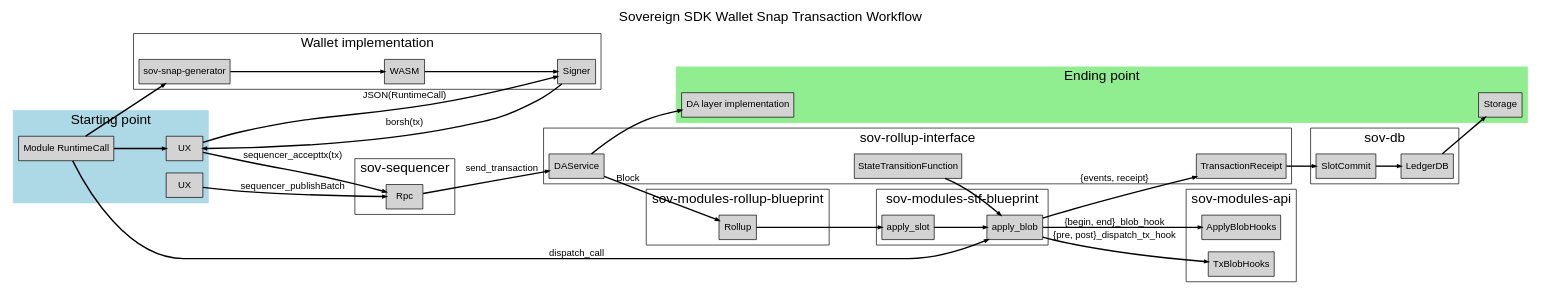
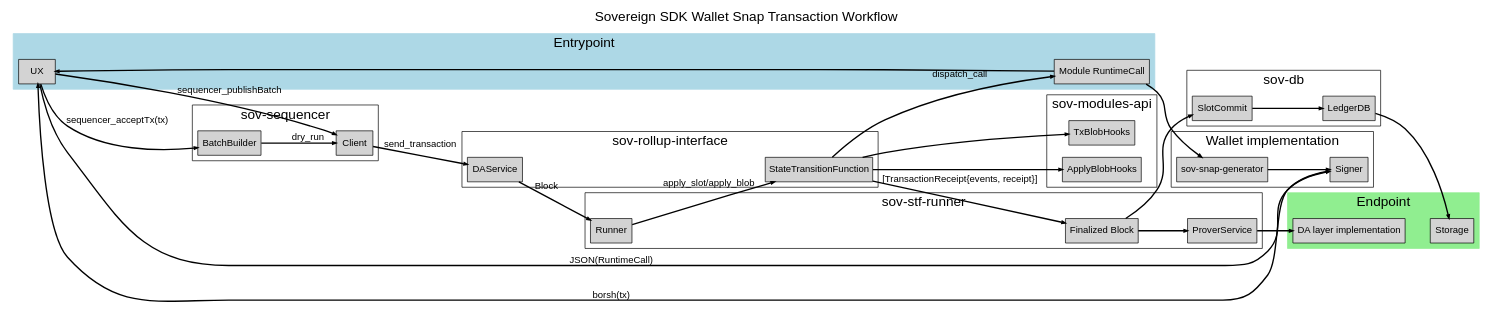
One commit to Sovereign-Labs/docs-draft changed the diagram in 0001-transaction-wallet-workflow.md. Above: the diagram before and after it, drawn with Graphviz. The commit also changed other lines of this file, not shown here.

Commit message:
upd after sync w/ blazej

````diff
--- a/0001-transaction-wallet-workflow.md
+++ b/0001-transaction-wallet-workflow.md
@@ -26,23 +26,24 @@
         style=filled;
         color=lightblue;
 
-        ux_tx [label="UX"]
-        ux_submit [label="UX"]
+        ux [label="UX"]
         module_runtime [label="Module RuntimeCall"]
 
-        label = "Starting point"
+        label = "Entrypoint"
     }
 
     subgraph cluster_wallet {
         sov_snap_generator [label="sov-snap-generator"]
-        wallet_wasm [label="WASM"]
         wallet_signer [label="Signer"]
 
         label = "Wallet implementation"
     }
 
     subgraph cluster_sov_sequencer {
-        sequencer_rpc [label="Rpc"]
+        sequencer_batch_builder [label="BatchBuilder"]
+        sequencer_client [label="Client"]
+
+        sequencer_batch_builder -> sequencer_client [label="dry_run"]
 
         label = "sov-sequencer"
     }
@@ -50,9 +51,16 @@
     subgraph cluster_sov_rollup_interface {
         rollup_state_transition_function [label="StateTransitionFunction"]
         rollup_da_service [label="DAService"]
-        rollup_tx_receipt [label="TransactionReceipt"]
 
         label = "sov-rollup-interface"
+    }
+
+    subgraph cluster_sov_stf_runner {
+        runner [label="Runner"]
+        runner_prover [label="ProverService"]
+        runner_finalized_block [label="Finalized Block"]
+
+        label = "sov-stf-runner"
     }
 
     subgraph cluster_sov_db {
@@ -69,19 +77,6 @@
         label = "sov-modules-api"
     }
 
-    subgraph cluster_stf_blueprint {
-        apply_slot [label="apply_slot"]
-        apply_blob [label="apply_blob"]
-
-        label = "sov-modules-stf-blueprint"
-    }
-
-    subgraph cluster_rollup_blueprint {
-        rollup [label="Rollup"]
-
-        label = "sov-modules-rollup-blueprint"
-    }
-
     subgraph cluster_end {
         style=filled;
         color=lightgreen;
@@ -89,32 +84,30 @@
         da_service [label="DA layer implementation"]
         storage [label="Storage"]
 
-        label = "Ending point"
+        label = "Endpoint"
     }
 
-    module_runtime -> ux_tx
-    ux_tx -> wallet_signer [label="JSON(RuntimeCall)"]
-    wallet_signer -> ux_tx [label="borsh(tx)"]
-    ux_tx -> sequencer_rpc [label="sequencer_accepttx(tx)"]
-    ux_submit -> sequencer_rpc [label="sequencer_publishBatch"]
+    module_runtime -> ux
+    ux -> wallet_signer [label="JSON(RuntimeCall)"]
+    wallet_signer -> ux [label="borsh(tx)"]
+    ux -> sequencer_batch_builder [label="sequencer_acceptTx(tx)"]
+    ux -> sequencer_client [label="sequencer_publishBatch"]
     module_runtime -> sov_snap_generator
-    sov_snap_generator -> wallet_wasm
-    wallet_wasm -> wallet_signer
-    sequencer_rpc -> rollup_da_service [label="send_transaction"]
-    rollup_da_service -> rollup [label="Block"]
-    rollup_da_service -> da_service
+    sov_snap_generator -> wallet_signer
+    sequencer_client -> rollup_da_service [label="send_transaction"]
+    rollup_da_service -> runner [label="Block"]
 
-    rollup -> apply_slot
-    apply_slot -> apply_blob
+    runner -> rollup_state_transition_function [label="apply_slot/apply_blob"]
 
-    rollup_state_transition_function -> apply_blob
-    apply_blob -> module_apply_blob_hooks [label="{begin, end}_blob_hook"]
-    apply_blob -> module_tx_hooks [label="{pre, post}_dispatch_tx_hook"]
-    apply_blob -> rollup_tx_receipt [label="{events, receipt}"]
-    module_runtime -> apply_blob [label="dispatch_call"]
+    rollup_state_transition_function -> module_apply_blob_hooks
+    rollup_state_transition_function -> module_tx_hooks
+    rollup_state_transition_function -> runner_finalized_block [label="[TransactionReceipt{events, receipt}]"]
+    rollup_state_transition_function -> module_runtime [label="dispatch_call"]
 
-    rollup_tx_receipt -> db_slot_commit
+    runner_finalized_block -> runner_prover
+    runner_finalized_block -> db_slot_commit
     db_slot_commit -> db_ledger
     db_ledger -> storage
+    runner_prover -> da_service
 }
 ```
````
